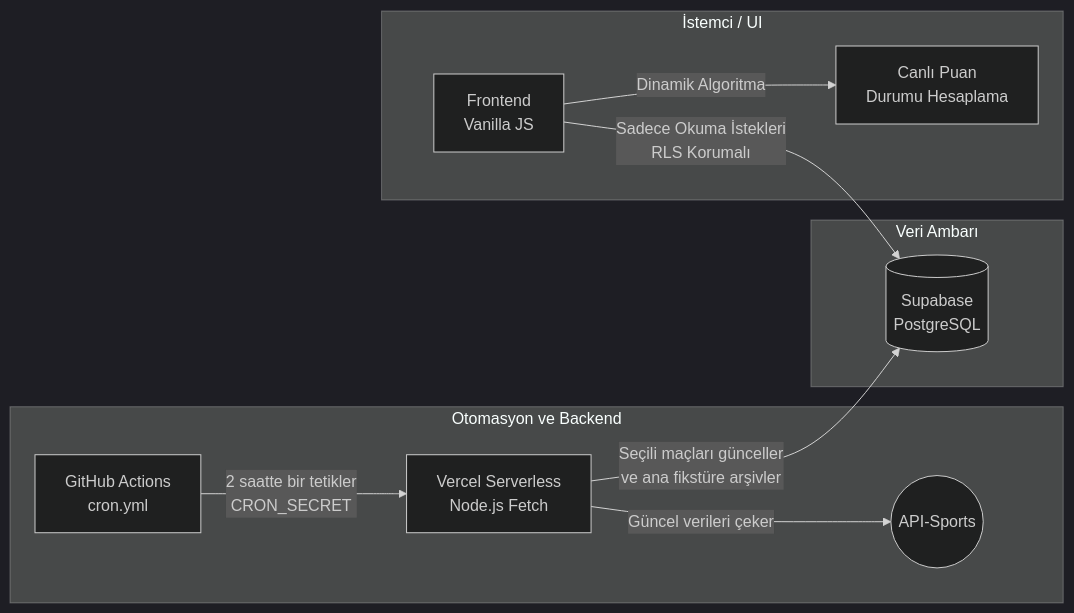
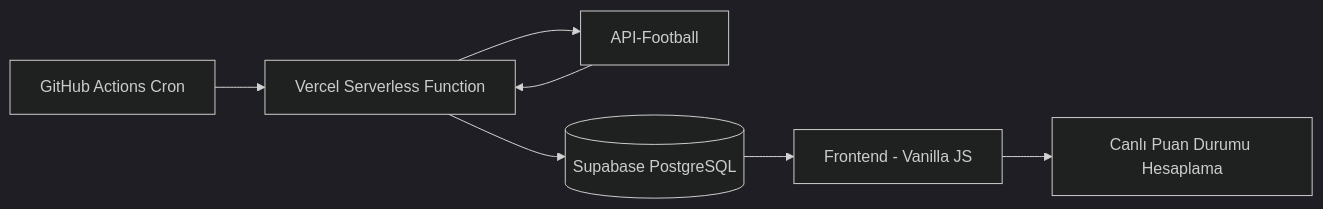
Before and after one commit to 52mert/soccer: the diagram in README.md, drawn with Mermaid (dark theme). The commit also changed other lines of this file, not shown here.

````diff
--- a/README.md
+++ b/README.md
@@ -32,16 +56,9 @@
-```mermaid 
+```mermaid
 graph LR
-    subgraph Otomasyon ve Backend
-        GA[GitHub Actions<br/>cron.yml] -- 2 saatte bir tetikler<br/>CRON_SECRET --> V[Vercel Serverless<br/>Node.js Fetch]
-        V -- Güncel verileri çeker --> API((API-Sports))
-    end
-
-    subgraph Veri Ambarı
-        V -- Seçili maçları günceller<br/>ve ana fikstüre arşivler --> DB[(Supabase<br/>PostgreSQL)]
-    end
-
-    subgraph İstemci / UI
-        UI[Frontend<br/>Vanilla JS] -- Sadece Okuma İstekleri<br/>RLS Korumalı --> DB
-        UI -- Dinamik Algoritma --> PD[Canlı Puan<br/>Durumu Hesaplama]
-    end
+    GA[GitHub Actions Cron] --> V[Vercel Serverless Function]
+    V --> API[API-Football]
+    API --> V
+    V --> DB[(Supabase PostgreSQL)]
+    DB --> UI[Frontend - Vanilla JS]
+    UI --> PD[Canlı Puan Durumu Hesaplama]
 ```
````
